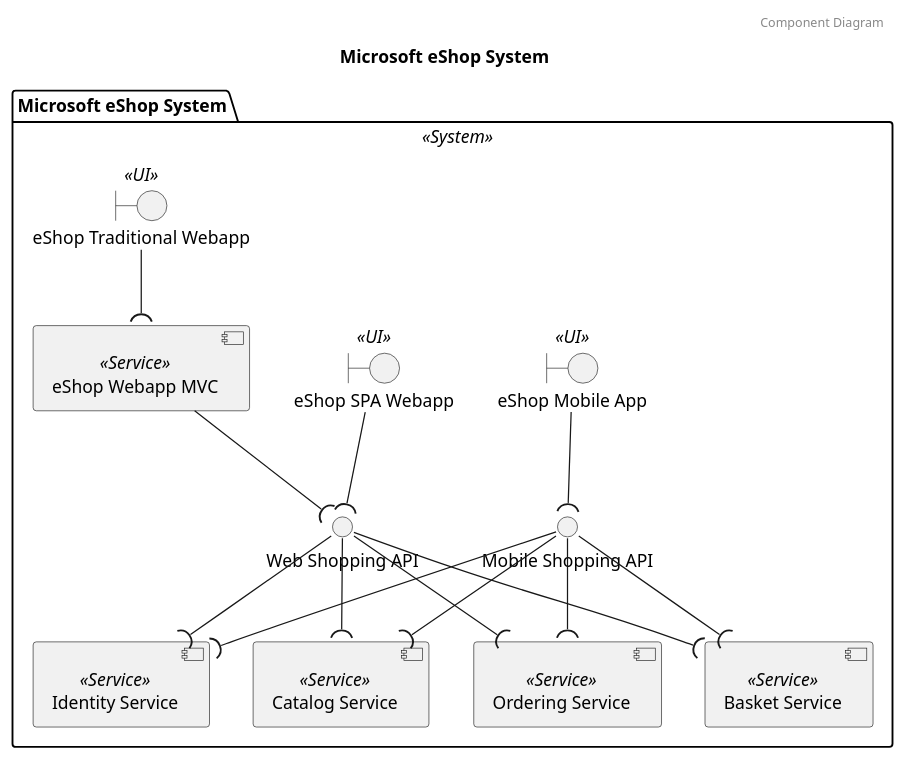
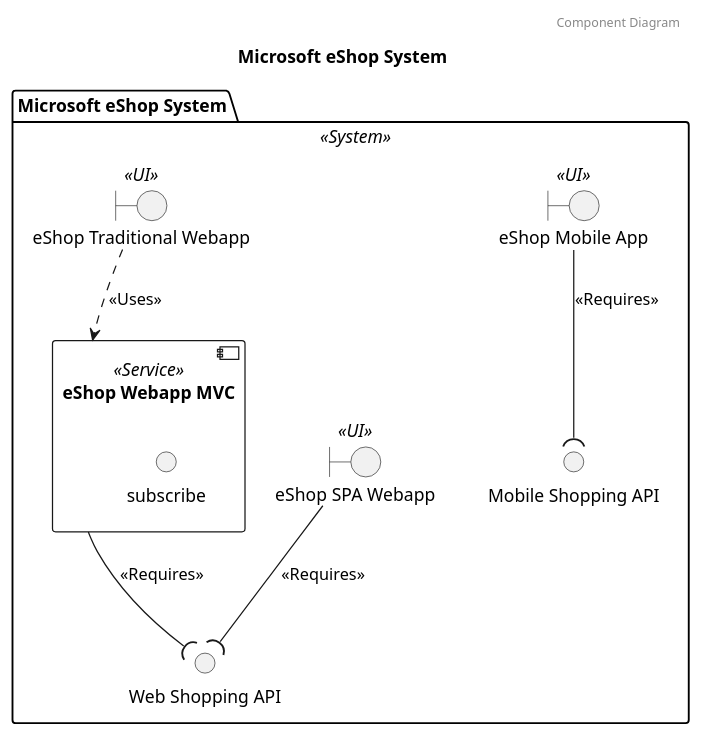
Before and after one commit to garrettsutula/example-trellis-project: the third of 3 diagrams in diagrams/systems/Microsoft_eShop_System.puml, drawn with PlantUML. The commit also changed other lines of this file and 29 other files, not shown here.

Commit message:
Update deps, diagram examples

```diff
--- a/diagrams/systems/Microsoft_eShop_System.puml
+++ b/diagrams/systems/Microsoft_eShop_System.puml
@@ -87,28 +60,18 @@
 @startuml Component Diagram Microsoft eShop System
 header Component Diagram
 title Microsoft eShop System
 package "Microsoft eShop System" as Microsoft_eShop_System_package <<System>>{
-	boundary "eShop Mobile App" as eShop_Mobile_App <<UI>>
-	boundary "eShop SPA Webapp" as eShop_SPA_Webapp <<UI>>
-	boundary "eShop Traditional Webapp" as eShop_Traditional_Webapp <<UI>>
-	component "eShop Webapp MVC" as eShop_Webapp_MVC <<Service>>
-	interface "Mobile Shopping API" as Mobile_Shopping_API
-	interface "Web Shopping API" as Web_Shopping_API
-	component "Identity Service" as Identity_Service <<Service>>
-	component "Catalog Service" as Catalog_Service <<Service>>
-	component "Ordering Service" as Ordering_Service <<Service>>
-	component "Basket Service" as Basket_Service <<Service>>
+	boundary "eShop Mobile App" as Microsoft_eShop_System_eShop_Mobile_App <<UI>>
+	boundary "eShop SPA Webapp" as Microsoft_eShop_System_eShop_SPA_Webapp <<UI>>
+	boundary "eShop Traditional Webapp" as Microsoft_eShop_System_eShop_Traditional_Webapp <<UI>>
+	component "eShop Webapp MVC" as Microsoft_eShop_System_eShop_Webapp_MVC <<Service>> {
+		interface "subscribe" as subscribe
+	}
+	interface "Mobile Shopping API" as Microsoft_eShop_System_Mobile_Shopping_API
+	interface "Web Shopping API" as Microsoft_eShop_System_Web_Shopping_API
 }
-	eShop_Mobile_App -down-( Mobile_Shopping_API
-	eShop_Traditional_Webapp -down-( eShop_Webapp_MVC
-	eShop_Webapp_MVC -down-( Web_Shopping_API
-	eShop_SPA_Webapp -down-( Web_Shopping_API
-	Mobile_Shopping_API -down-( Identity_Service
-	Mobile_Shopping_API -down-( Catalog_Service
-	Mobile_Shopping_API -down-( Ordering_Service
-	Mobile_Shopping_API -down-( Basket_Service
-	Web_Shopping_API -down-( Identity_Service
-	Web_Shopping_API -down-( Catalog_Service
-	Web_Shopping_API -down-( Ordering_Service
-	Web_Shopping_API -down-( Basket_Service
+	Microsoft_eShop_System_eShop_Mobile_App -down-( Microsoft_eShop_System_Mobile_Shopping_API: <<Requires>>
+	Microsoft_eShop_System_eShop_Traditional_Webapp .down-> Microsoft_eShop_System_eShop_Webapp_MVC: <<Uses>>
+	Microsoft_eShop_System_eShop_Webapp_MVC -down-( Microsoft_eShop_System_Web_Shopping_API: <<Requires>>
+	Microsoft_eShop_System_eShop_SPA_Webapp -down-( Microsoft_eShop_System_Web_Shopping_API: <<Requires>>
 @enduml
```
